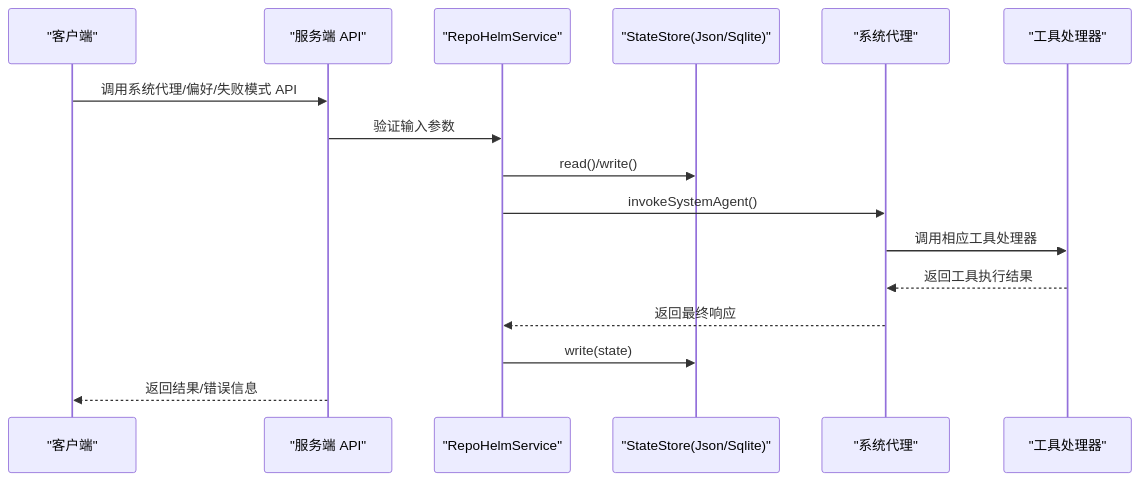
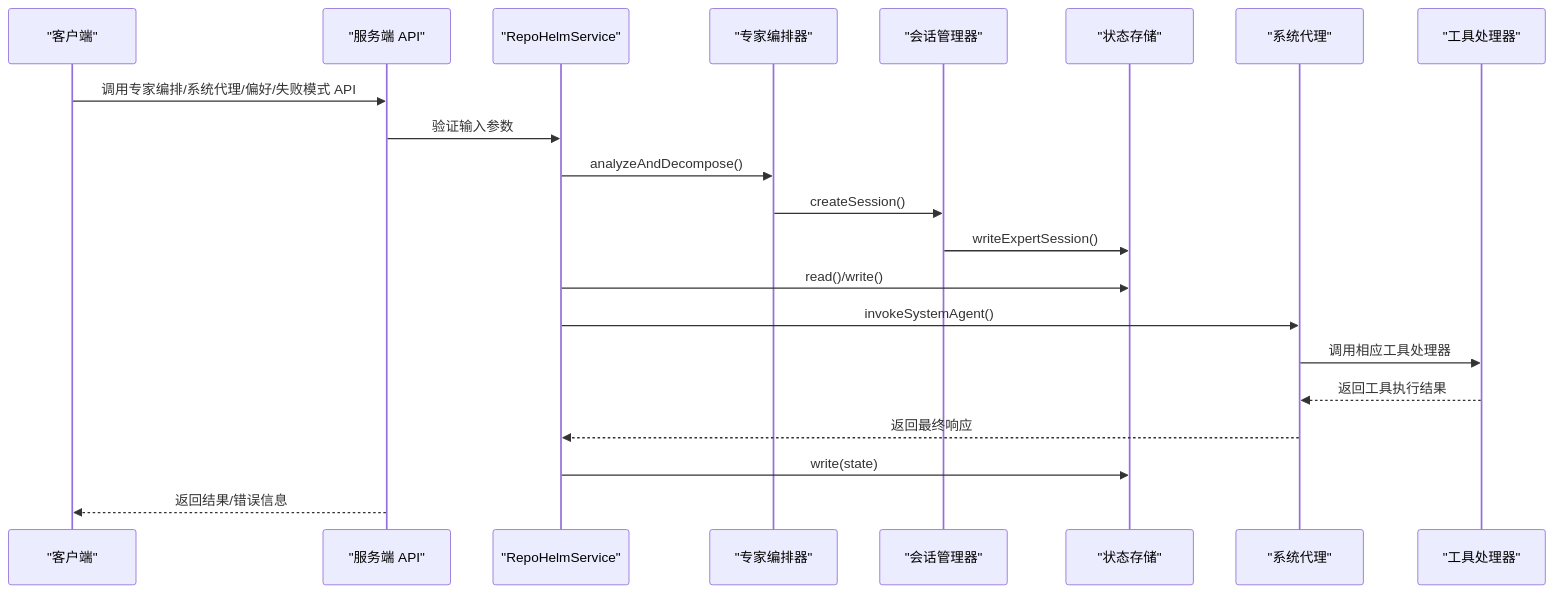
The second of 7 diagrams in .qoder/repowiki/zh/content/数据模型和类型系统/数据模型和类型系统.md (coconilu/RepoHelm), drawn with Mermaid before and after one commit. The commit also changed other lines of this file and 14 other files, not shown here.

````diff
--- a/.qoder/repowiki/zh/content/数据模型和类型系统/数据模型和类型系统.md
+++ b/.qoder/repowiki/zh/content/数据模型和类型系统/数据模型和类型系统.md
@@ -213,18 +311,23 @@
 ```mermaid
 sequenceDiagram
 participant Client as "客户端"
 participant API as "服务端 API"
 participant Service as "RepoHelmService"
-participant Store as "StateStore(Json/Sqlite)"
+participant ExpertOrchestrator as "专家编排器"
+participant SessionManager as "会话管理器"
+participant Store as "状态存储"
 participant SystemAgent as "系统代理"
 participant ToolHandlers as "工具处理器"
-Client->>API : 调用系统代理/偏好/失败模式 API
+Client->>API : 调用专家编排/系统代理/偏好/失败模式 API
 API->>Service : 验证输入参数
+Service->>ExpertOrchestrator : analyzeAndDecompose()
+ExpertOrchestrator->>SessionManager : createSession()
+SessionManager->>Store : writeExpertSession()
 Service->>Store : read()/write()
 Service->>SystemAgent : invokeSystemAgent()
 SystemAgent->>ToolHandlers : 调用相应工具处理器
 ToolHandlers-->>SystemAgent : 返回工具执行结果
 SystemAgent-->>Service : 返回最终响应
 Service->>Store : write(state)
 API-->>Client : 返回结果/错误信息
 ```
````
